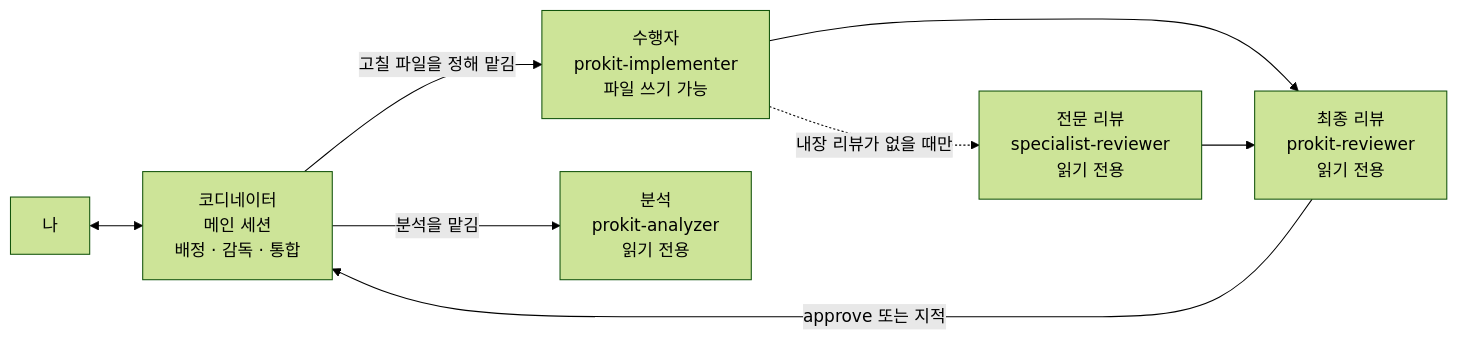
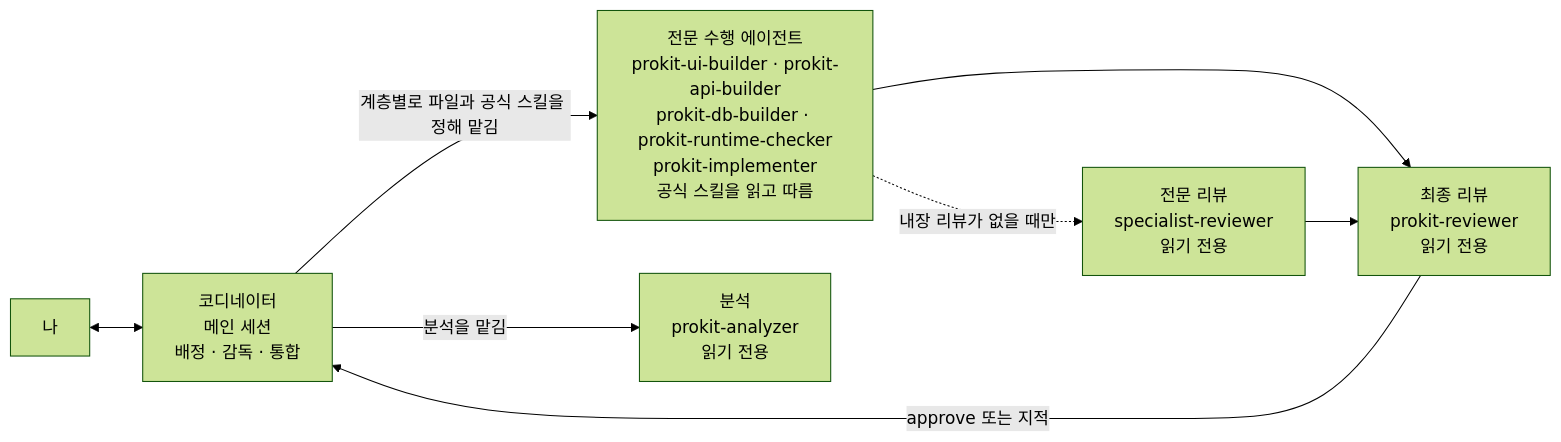
Before and after one commit to roadkwon-ai/pro-kit: the diagram in handbook/concepts/agent-roles.md, drawn with Mermaid (forest theme). The commit also changed other lines of this file and 112 other files, not shown here.

````diff
--- a/handbook/concepts/agent-roles.md
+++ b/handbook/concepts/agent-roles.md
@@ -12,10 +12,10 @@
 ```mermaid
 flowchart LR
   ME["나"] <--> CO["코디네이터<br/>메인 세션<br/>배정 · 감독 · 통합"]
-  CO -->|"고칠 파일을 정해 맡김"| IM["수행자<br/>prokit-implementer<br/>파일 쓰기 가능"]
+  CO -->|"계층별로 파일과 공식 스킬을 정해 맡김"| IM["전문 수행 에이전트<br/>prokit-ui-builder · prokit-api-builder<br/>prokit-db-builder · prokit-runtime-checker<br/>prokit-implementer<br/>공식 스킬을 읽고 따름"]
   CO -->|"분석을 맡김"| AN["분석<br/>prokit-analyzer<br/>읽기 전용"]
   IM -.->|"내장 리뷰가 없을 때만"| SR["전문 리뷰<br/>specialist-reviewer<br/>읽기 전용"]
   IM --> FR["최종 리뷰<br/>prokit-reviewer<br/>읽기 전용"]
   SR --> FR
   FR -->|"approve 또는 지적"| CO
 ```
````
